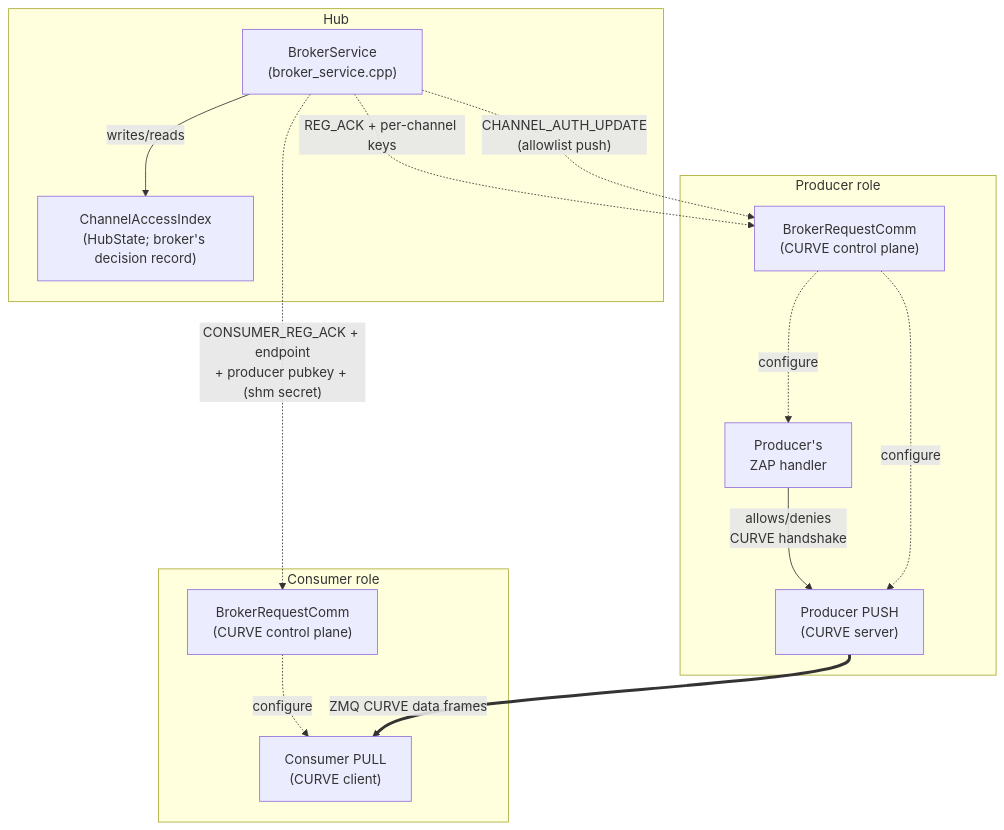
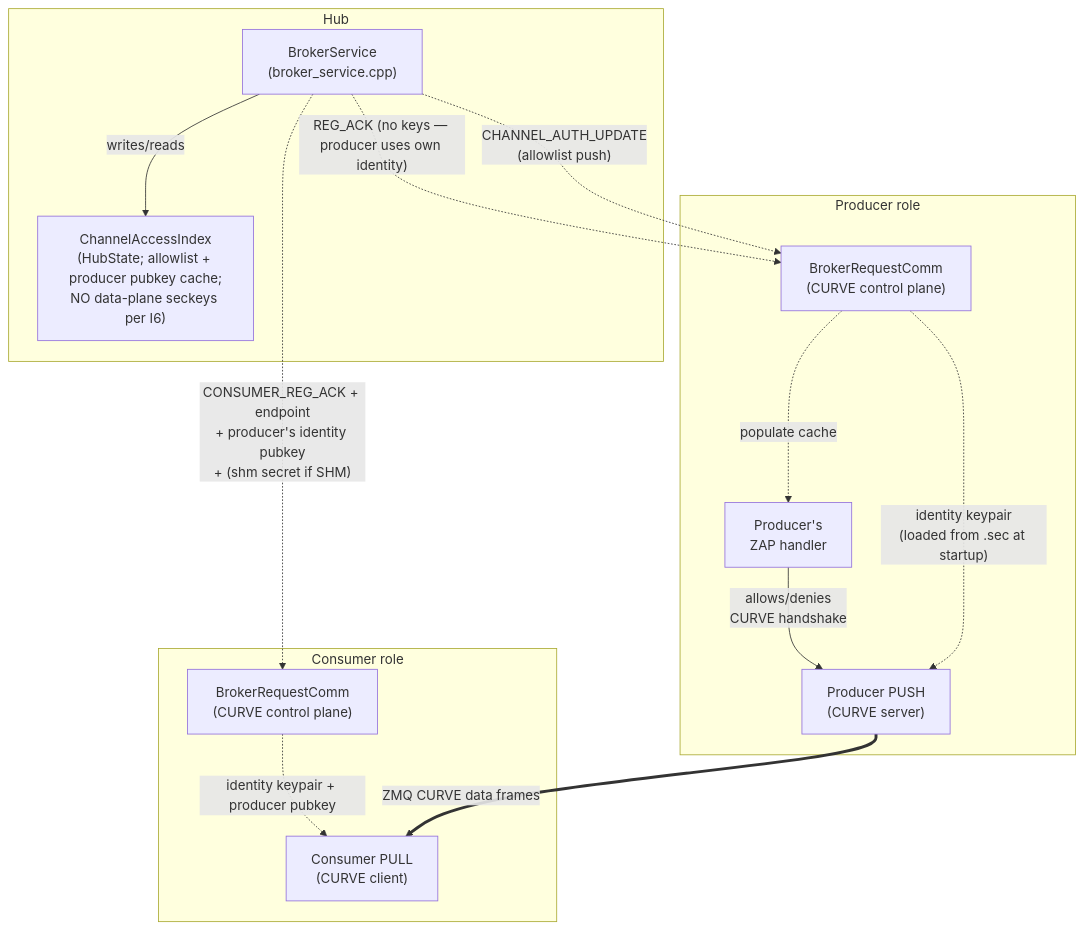
Before and after one commit to Qing-LAB/pylabhub: the first of 10 diagrams in docs/HEP/HEP-CORE-0036-Authenticated-Connection-Establishment.md, drawn with Mermaid. The commit also changed other lines of this file and 1 other file, not shown here.

````diff
--- a/docs/HEP/HEP-CORE-0036-Authenticated-Connection-Establishment.md
+++ b/docs/HEP/HEP-CORE-0036-Authenticated-Connection-Establishment.md
@@ -335,30 +375,30 @@
 ```mermaid
 graph TB
     subgraph Hub
         Broker["BrokerService<br/>(broker_service.cpp)"]
-        AccessIndex["ChannelAccessIndex<br/>(HubState; broker's decision record)"]
+        AccessIndex["ChannelAccessIndex<br/>(HubState; allowlist + producer pubkey cache;<br/>NO data-plane seckeys per I6)"]
         Broker -- writes/reads --> AccessIndex
     end
 
     subgraph "Producer role"
         ProdBRC["BrokerRequestComm<br/>(CURVE control plane)"]
         ProdZap["Producer's<br/>ZAP handler"]
         ProdPush["Producer PUSH<br/>(CURVE server)"]
         ProdZap -- "allows/denies<br/>CURVE handshake" --> ProdPush
     end
 
     subgraph "Consumer role"
         ConsBRC["BrokerRequestComm<br/>(CURVE control plane)"]
         ConsPull["Consumer PULL<br/>(CURVE client)"]
     end
 
-    Broker -. "REG_ACK + per-channel keys" .-> ProdBRC
+    Broker -. "REG_ACK (no keys — producer uses own identity)" .-> ProdBRC
     Broker -. "CHANNEL_AUTH_UPDATE<br/>(allowlist push)" .-> ProdBRC
-    ProdBRC -. "configure" .-> ProdZap
-    ProdBRC -. "configure" .-> ProdPush
+    ProdBRC -. "populate cache" .-> ProdZap
+    ProdBRC -. "identity keypair<br/>(loaded from .sec at startup)" .-> ProdPush
 
-    Broker -. "CONSUMER_REG_ACK + endpoint<br/>+ producer pubkey + (shm secret)" .-> ConsBRC
-    ConsBRC -. "configure" .-> ConsPull
+    Broker -. "CONSUMER_REG_ACK + endpoint<br/>+ producer's identity pubkey<br/>+ (shm secret if SHM)" .-> ConsBRC
+    ConsBRC -. "identity keypair + producer pubkey" .-> ConsPull
 
     ProdPush == "ZMQ CURVE data frames" ==> ConsPull
 ```
````
